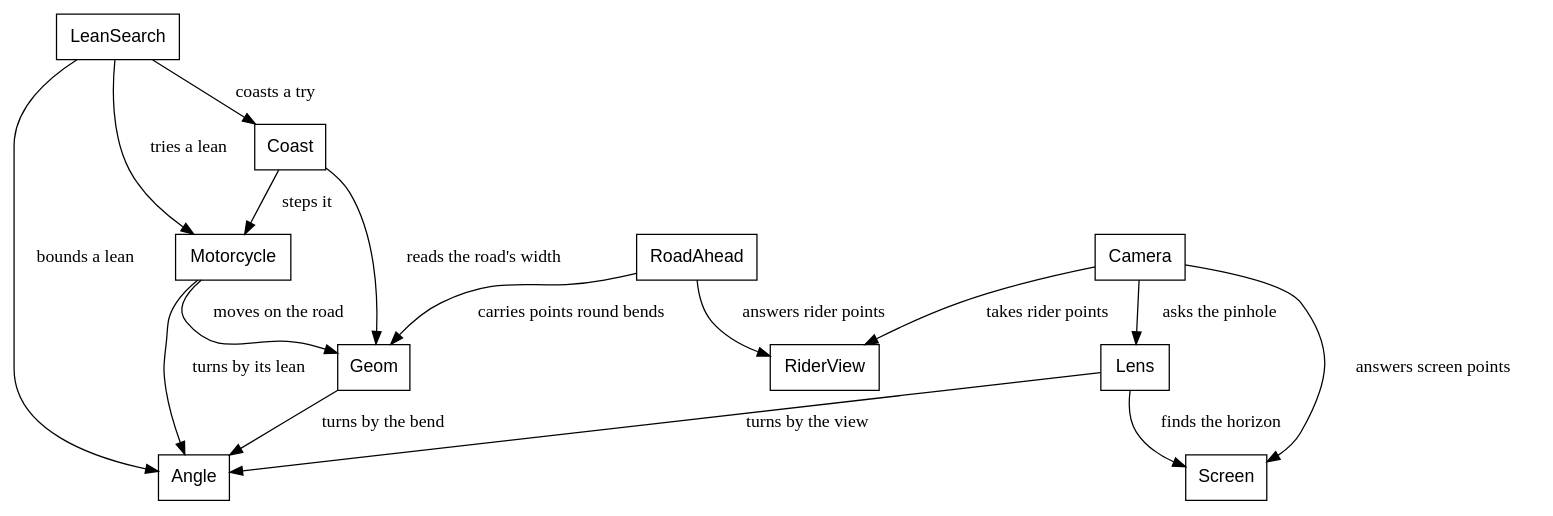
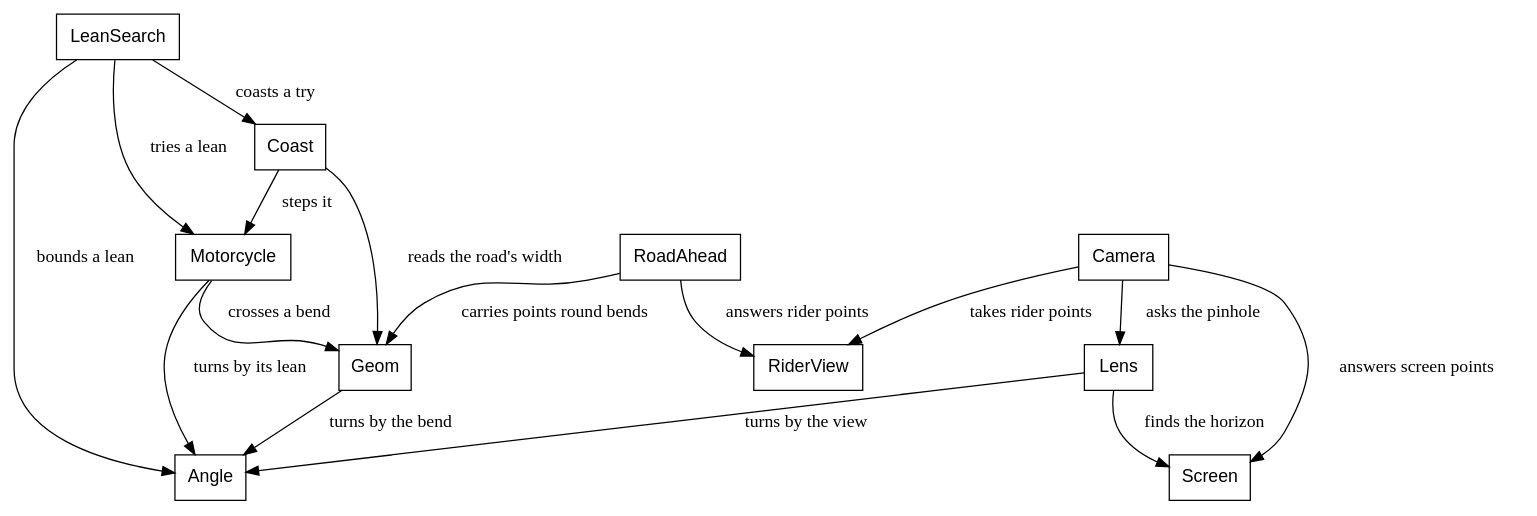
Before and after one commit to showell/roc-apps: diagram 26 of 30 in canvas_apps/safari/tutorial/tutorial.md, drawn with Graphviz. The commit also changed other lines of this file, not shown here.

````diff
--- a/canvas_apps/safari/tutorial/tutorial.md
+++ b/canvas_apps/safari/tutorial/tutorial.md
@@ -2517,20 +2517,20 @@
 ```dot
 digraph math {
   node [shape=box, fontname="Helvetica"];
   LeanSearch -> Coast [label="  coasts a try"];
   LeanSearch -> Motorcycle [label="  tries a lean"];
   LeanSearch -> Angle [label="  bounds a lean"];
   Coast -> Motorcycle [label="  steps it"];
   Coast -> Geom [label="  reads the road's width"];
   Motorcycle -> Angle [label="  turns by its lean"];
-  Motorcycle -> Geom [label="  moves on the road"];
+  Motorcycle -> Geom [label="  crosses a bend"];
   RoadAhead -> Geom [label="  carries points round bends"];
   RoadAhead -> RiderView [label="  answers rider points"];
   Camera -> Lens [label="  asks the pinhole"];
   Camera -> RiderView [label="  takes rider points"];
   Camera -> Screen [label="  answers screen points"];
   Lens -> Angle [label="  turns by the view"];
   Lens -> Screen [label="  finds the horizon"];
   Geom -> Angle [label="  turns by the bend"];
 }
 ```
````
